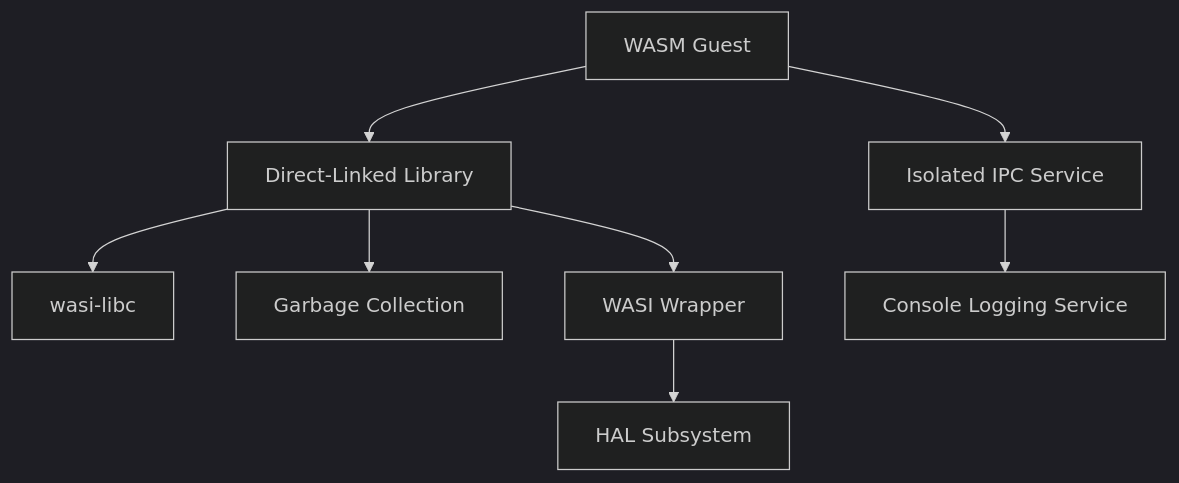
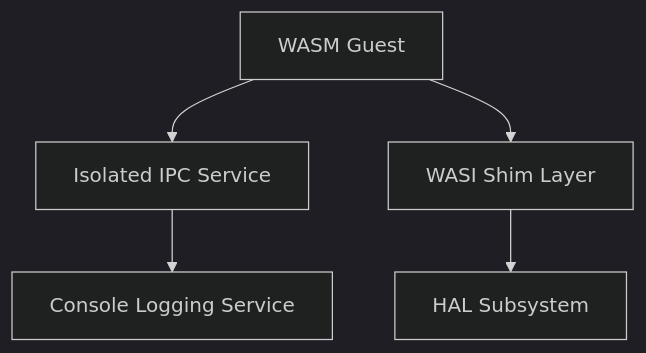
One commit to kmt-t/fireball changed the first of 3 diagrams in docs/components/tier1_interface/system_service.md. Above: the diagram before and after it, drawn with Mermaid (dark theme). The commit also changed other lines of this file and 54 other files, not shown here.

````diff
--- a/docs/components/tier1_interface/system_service.md
+++ b/docs/components/tier1_interface/system_service.md
@@ -17,10 +17,7 @@
 ```mermaid
 graph TD
-    Guest[WASM Guest] --> Direct[Direct-Linked Library]
-    Guest --> IPCService[Isolated IPC Service]
-    Direct --> libc[wasi-libc]
-    Direct --> GC[Garbage Collection]
-    Direct --> WASI[WASI Wrapper]
+    Guest[WASM Guest] --> IPCService[Isolated IPC Service]
+    Guest --> WASI[WASI Shim Layer]
     IPCService --> Console[Console Logging Service]
     WASI --> HAL[HAL Subsystem]
 ```
````
